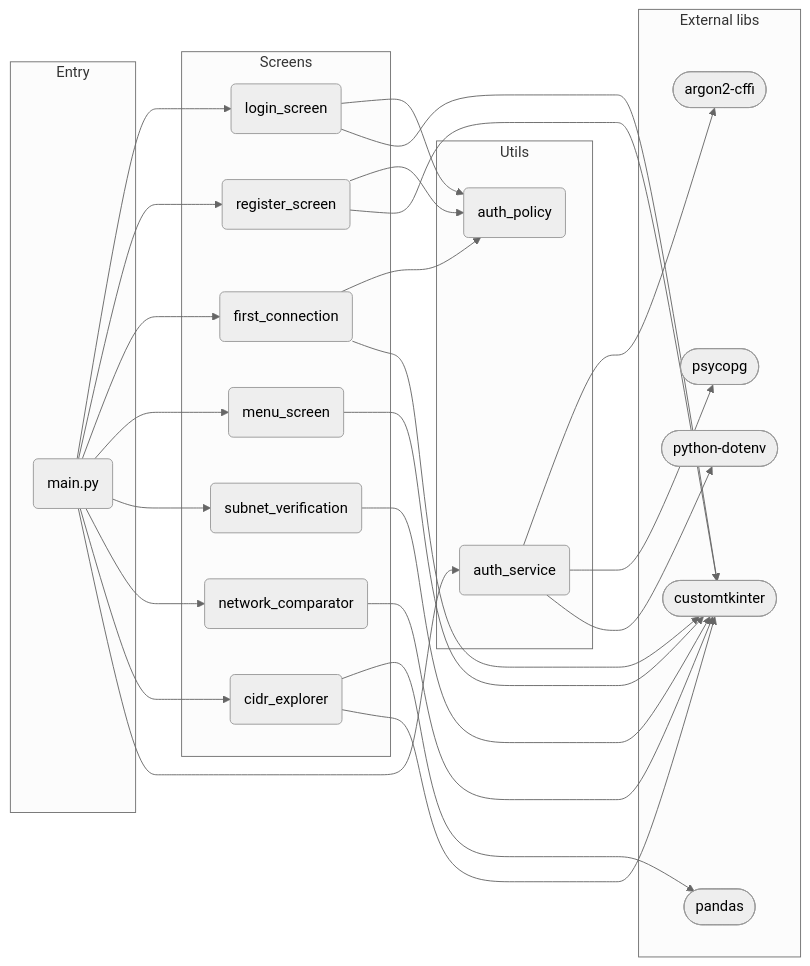
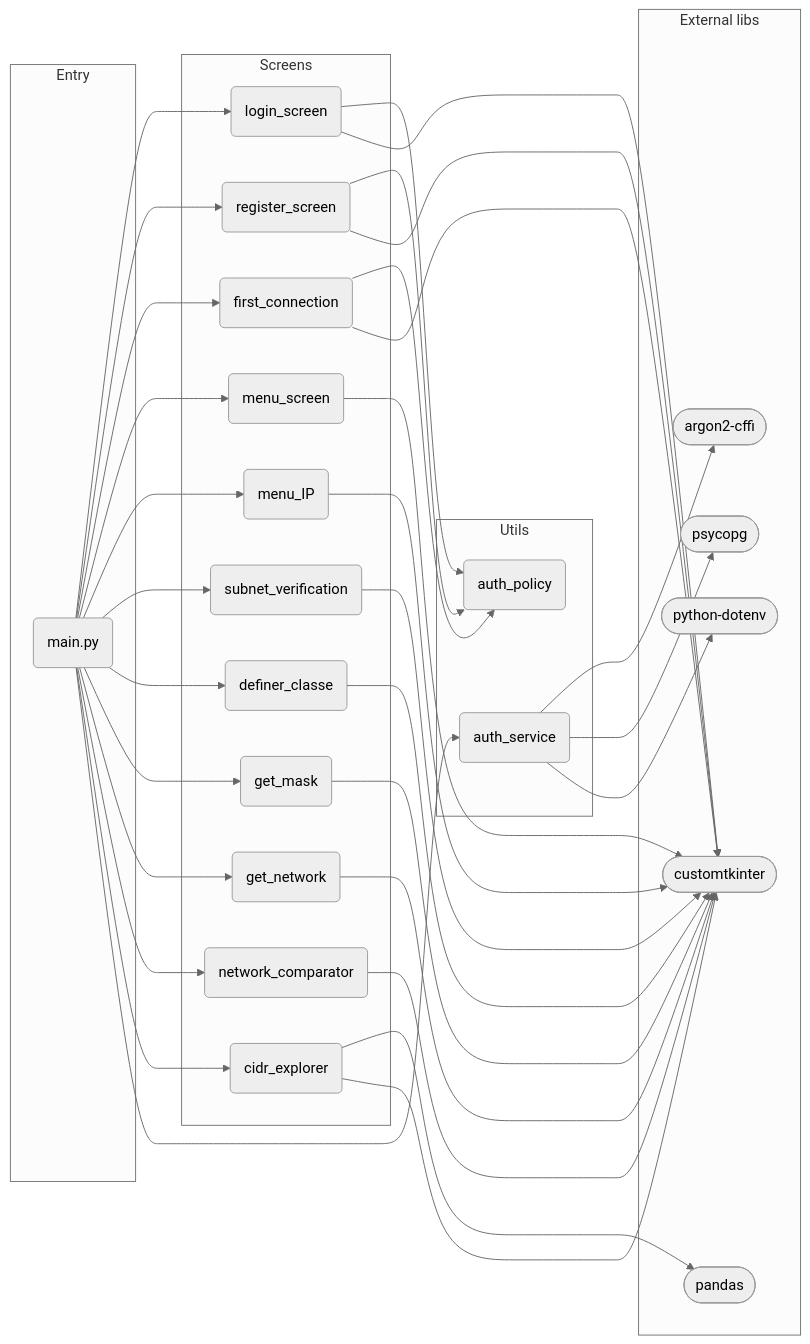
One commit to xen0r-star/IpCrypt changed the second of 2 diagrams in README.md. Above: the diagram before and after it, drawn with Mermaid (neutral theme). The commit also changed other lines of this file and 3 other files, not shown here.

````diff
--- a/README.md
+++ b/README.md
@@ -131,38 +150,42 @@
 ```mermaid
 graph LR
     subgraph entry["Entry"]
         MAIN(main.py)
     end
 
     subgraph screens["Screens"]
         CX(login_screen)
         IN(register_screen)
         FC(first_connection)
         MN(menu_screen)
+        MIP(menu_IP)
         IV(subnet_verification)
+        DC(definer_classe)
+        GM(get_mask)
+        GN(get_network)
         IA(network_comparator)
         CT(cidr_explorer)
     end
 
     subgraph utils["Utils"]
         PP(auth_policy)
         PV(auth_service)
     end
 
     subgraph ext["External libs"]
         AR([argon2-cffi])
         PG([psycopg])
         PD([pandas])
         CTK([customtkinter])
         DOT([python-dotenv])
     end
 
-    MAIN --> CX & IN & FC & MN & IV & IA & CT
+    MAIN --> CX & IN & FC & MN & MIP & IV & DC & GM & GN & IA & CT
     MAIN --> PV
     CX --> PP
     IN --> PP
     FC --> PP
     PV --> AR & PG & DOT
     CT --> PD
-    CX & IN & FC & MN & IV & IA & CT --> CTK
+    CX & IN & FC & MN & MIP & IV & DC & GM & GN & IA & CT --> CTK
 ```
````
